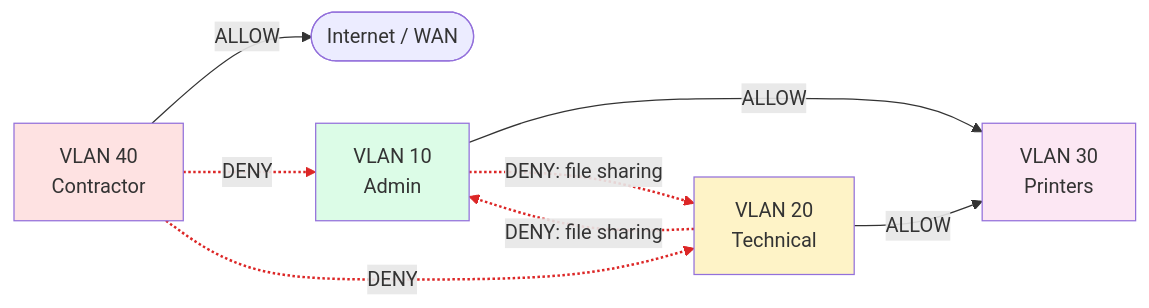
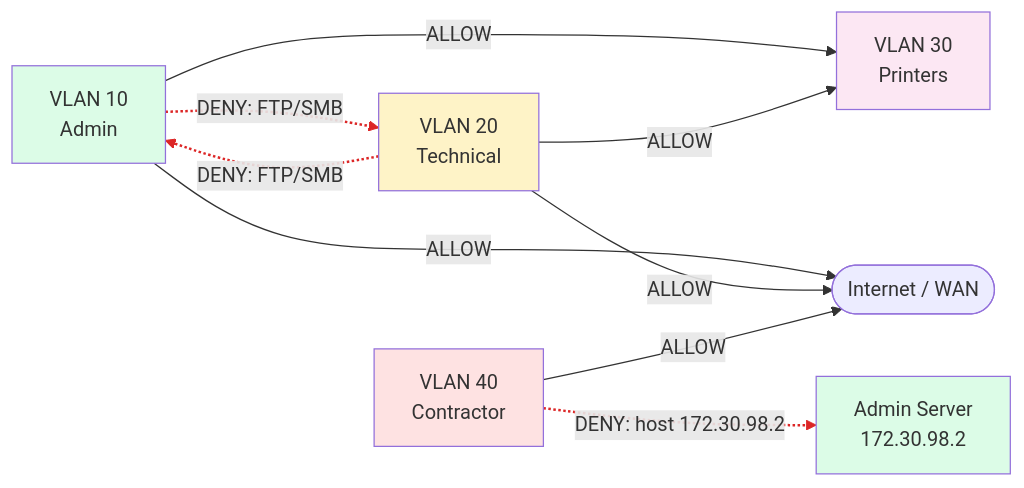
The second of 3 diagrams in topology/logical-topology.md (Naxisbeast/CMPG325-Kopano-Network), drawn with Mermaid before and after one commit. The commit also changed other lines of this file and 7 other files, not shown here.

````diff
--- a/topology/logical-topology.md
+++ b/topology/logical-topology.md
@@ -53,25 +54,27 @@
 ```mermaid
 graph LR
     Admin["VLAN 10<br/>Admin"]
     Tech["VLAN 20<br/>Technical"]
     Printers["VLAN 30<br/>Printers"]
     Contractor["VLAN 40<br/>Contractor"]
+    AdminSrv["Admin Server<br/>172.30.98.2"]
     Internet(["Internet / WAN"])
 
     Admin -->|ALLOW| Printers
     Tech -->|ALLOW| Printers
-    Admin -.->|DENY: file sharing| Tech
-    Tech -.->|DENY: file sharing| Admin
+    Admin -->|ALLOW| Internet
+    Tech -->|ALLOW| Internet
+    Admin -.->|DENY: FTP/SMB| Tech
+    Tech -.->|DENY: FTP/SMB| Admin
     Contractor -->|ALLOW| Internet
-    Contractor -.->|DENY| Admin
-    Contractor -.->|DENY| Tech
+    Contractor -.->|DENY: host 172.30.98.2| AdminSrv
 
     style Admin fill:#dcfce7
     style Tech fill:#fef3c7
     style Printers fill:#fce7f3
     style Contractor fill:#fee2e2
-    linkStyle 2 stroke:#dc2626,stroke-width:2px
-    linkStyle 3 stroke:#dc2626,stroke-width:2px
+    style AdminSrv fill:#dcfce7
+    linkStyle 4 stroke:#dc2626,stroke-width:2px
     linkStyle 5 stroke:#dc2626,stroke-width:2px
-    linkStyle 6 stroke:#dc2626,stroke-width:2px
+    linkStyle 7 stroke:#dc2626,stroke-width:2px
 ```
````
